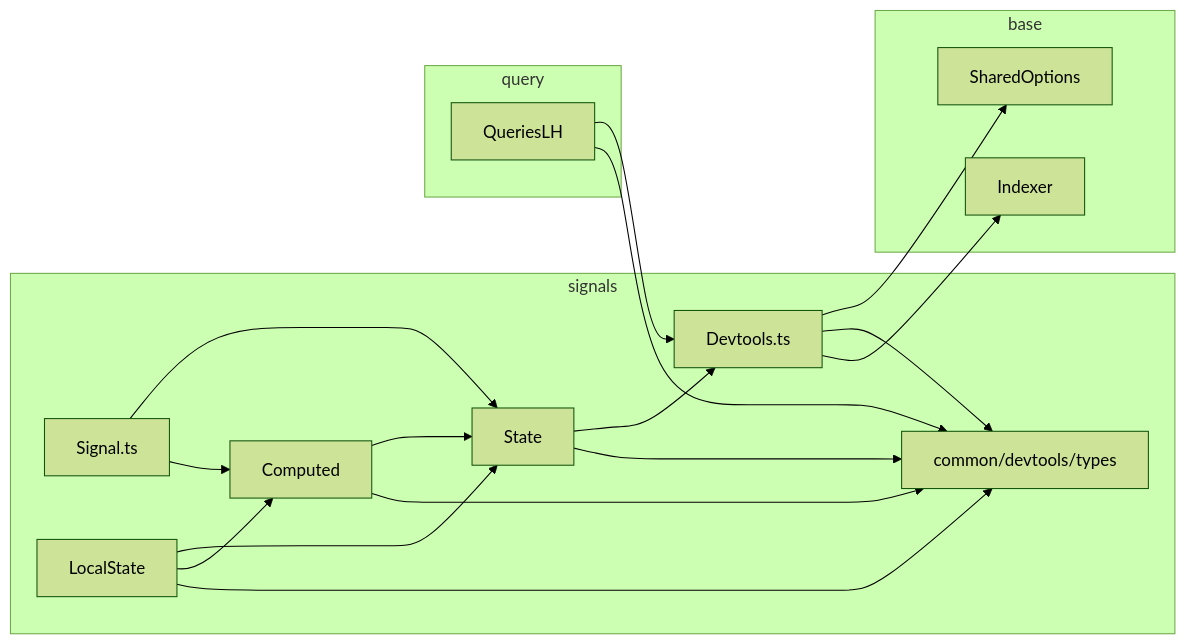
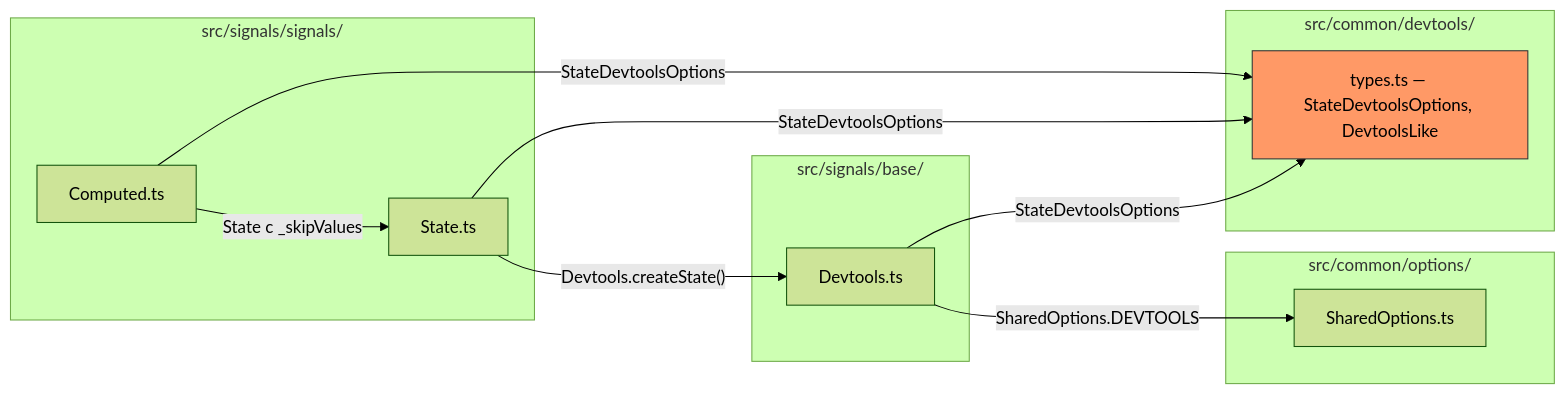
Before and after one commit to fozy-labs/rx-toolkit: the fourth of 6 diagrams in .thoughts/2026-03-11_signal-devtools-lifecycle/02-design/01-architecture.md, drawn with Mermaid (forest theme). The commit also changed other lines of this file and 9 other files, not shown here.

Commit message:
thoughts: add design for signal devtools lifecycle hooks

````diff
--- a/.thoughts/2026-03-11_signal-devtools-lifecycle/02-design/01-architecture.md
+++ b/.thoughts/2026-03-11_signal-devtools-lifecycle/02-design/01-architecture.md
@@ -572,25 +265,28 @@
 ```mermaid
 graph LR
-    subgraph signals
-        State --> Devtools_ts["Devtools.ts"]
-        State --> types_old["common/devtools/types"]
-        Computed --> State
-        Computed --> types_old
-        Signal_ts["Signal.ts"] --> State
-        Signal_ts --> Computed
-        LocalState --> State
-        LocalState --> Computed
-        LocalState --> types_old
+    subgraph "src/signals/signals/"
+        State["State.ts"]
+        Computed["Computed.ts"]
     end
 
-    subgraph base
-        Devtools_ts --> SharedOpts["SharedOptions"]
-        Devtools_ts --> types_old
-        Devtools_ts --> Indexer
+    subgraph "src/signals/base/"
+        Devtools["Devtools.ts"]
     end
 
-    subgraph query
-        QueriesLH --> Devtools_ts
-        QueriesLH --> types_old
+    subgraph "src/common/devtools/"
+        Types["types.ts — StateDevtoolsOptions, DevtoolsLike"]
     end
+
+    subgraph "src/common/options/"
+        SharedOpts["SharedOptions.ts"]
+    end
+
+    State -->|"StateDevtoolsOptions"| Types
+    State -->|"Devtools.createState()"| Devtools
+    Computed -->|"StateDevtoolsOptions"| Types
+    Computed -->|"State с _skipValues"| State
+    Devtools -->|"StateDevtoolsOptions"| Types
+    Devtools -->|"SharedOptions.DEVTOOLS"| SharedOpts
+
+    style Types fill:#f96,stroke:#333
 ```
````
